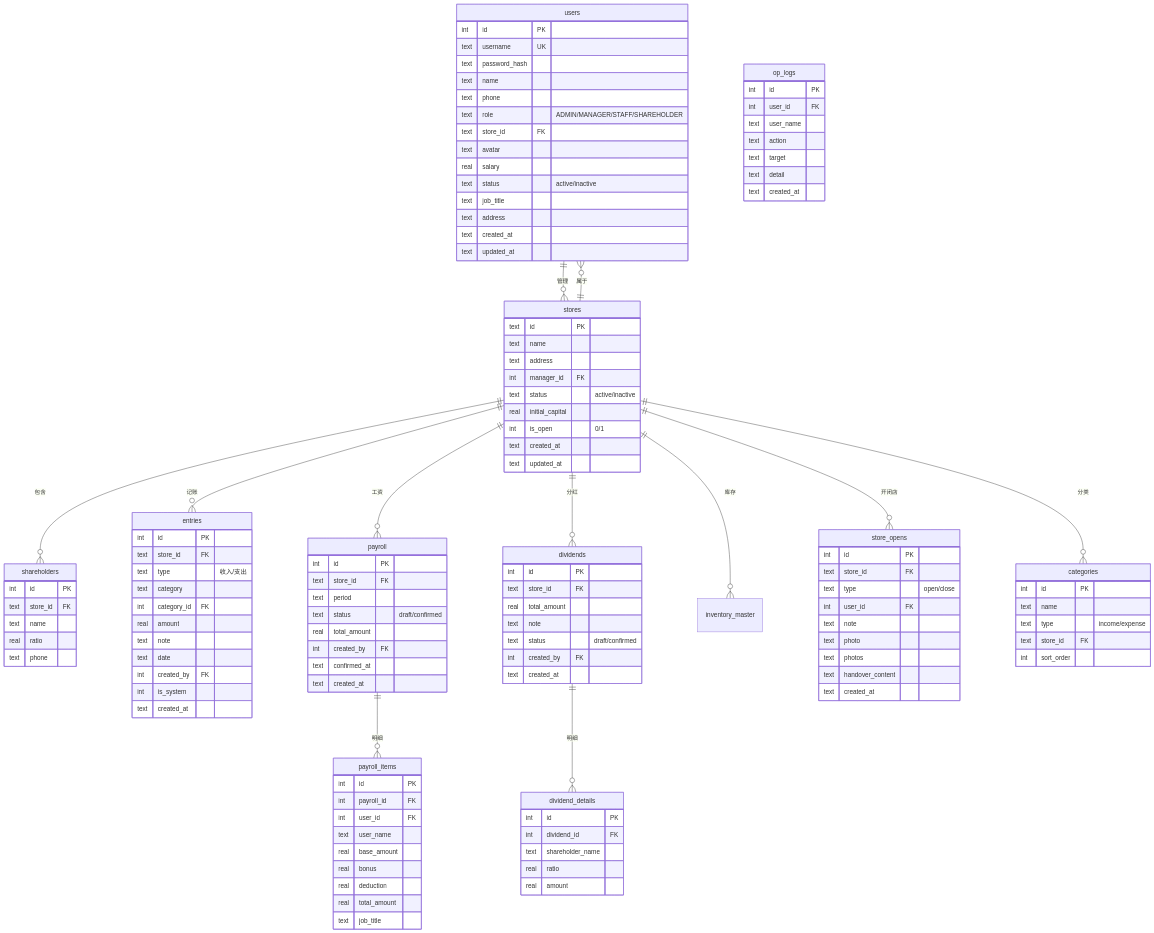
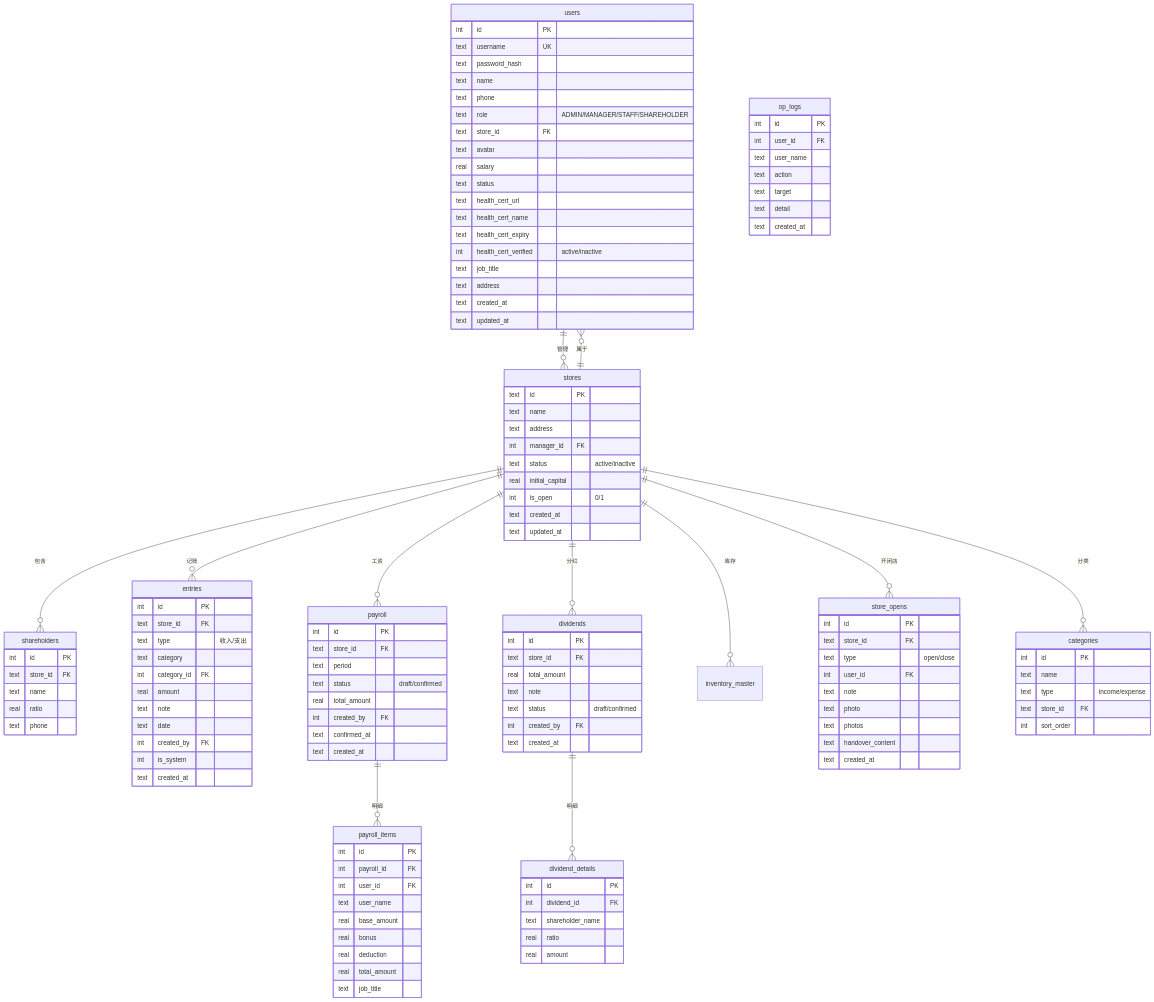
One commit to MingTu01/multi-store-manager changed the diagram in ARCHITECTURE.md. Above: the diagram before and after it, drawn with Mermaid. The commit also changed other lines of this file and 16 other files, not shown here.

```diff
--- a/ARCHITECTURE.md
+++ b/ARCHITECTURE.md
@@ -124,7 +127,11 @@
         text store_id FK
         text avatar
         real salary
-        text status "active/inactive"
+        text status
+        text health_cert_url
+        text health_cert_name
+        text health_cert_expiry
+        int health_cert_verified "active/inactive"
         text job_title
         text address
         text created_at
```
